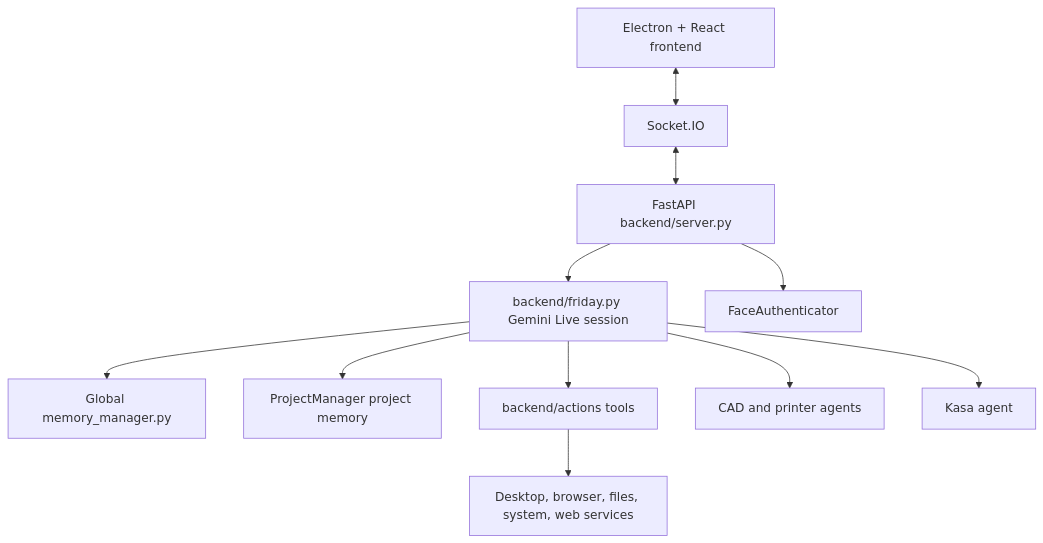
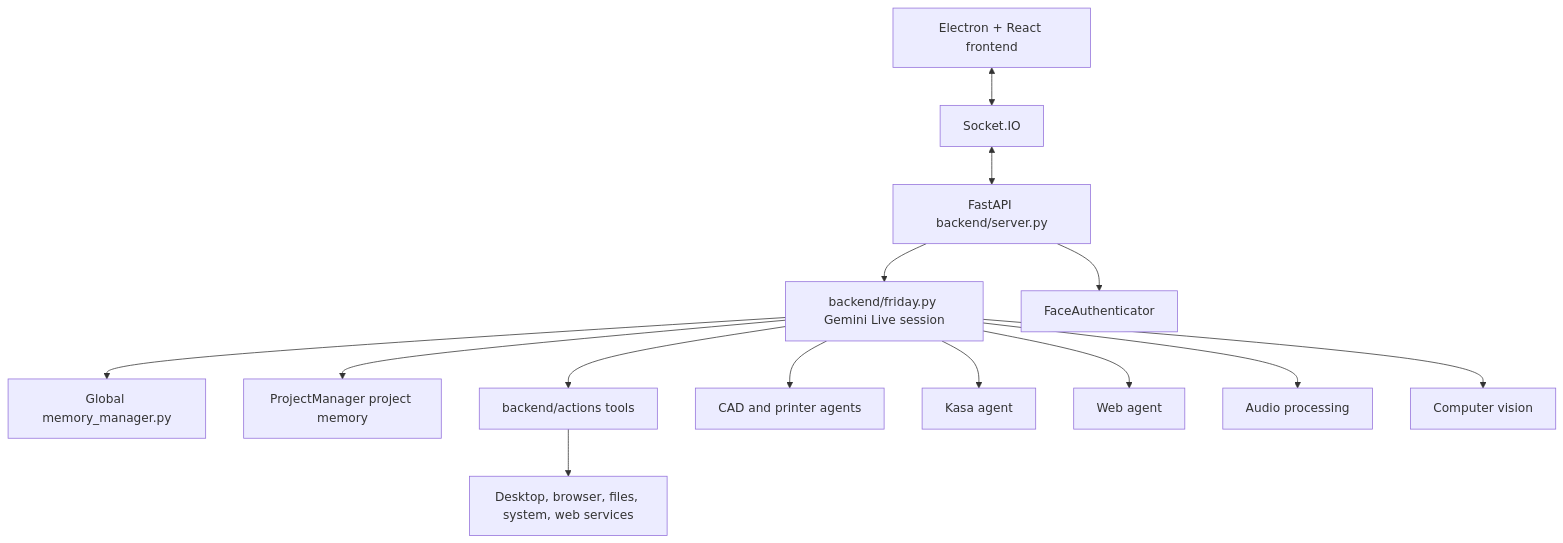
The diagram in README.md (mazwisprojects/Friday-AI-Assistant), drawn with Mermaid before and after one commit. The commit also changed other lines of this file and 4 other files, not shown here.

````diff
--- a/README.md
+++ b/README.md
@@ -20,13 +93,16 @@
 ```mermaid
 graph TB
     UI[Electron + React frontend] <--> SIO[Socket.IO]
     SIO <--> SERVER[FastAPI backend/server.py]
     SERVER --> CORE[backend/friday.py Gemini Live session]
     CORE --> MEMORY[Global memory_manager.py]
     CORE --> PROJECTS[ProjectManager project memory]
     CORE --> ACTIONS[backend/actions tools]
     CORE --> CAD[CAD and printer agents]
     CORE --> KASA[Kasa agent]
+    CORE --> WEB[Web agent]
+    CORE --> AUDIO[Audio processing]
+    CORE --> VISION[Computer vision]
     SERVER --> AUTH[FaceAuthenticator]
     ACTIONS --> OS[Desktop, browser, files, system, web services]
 ```
````
